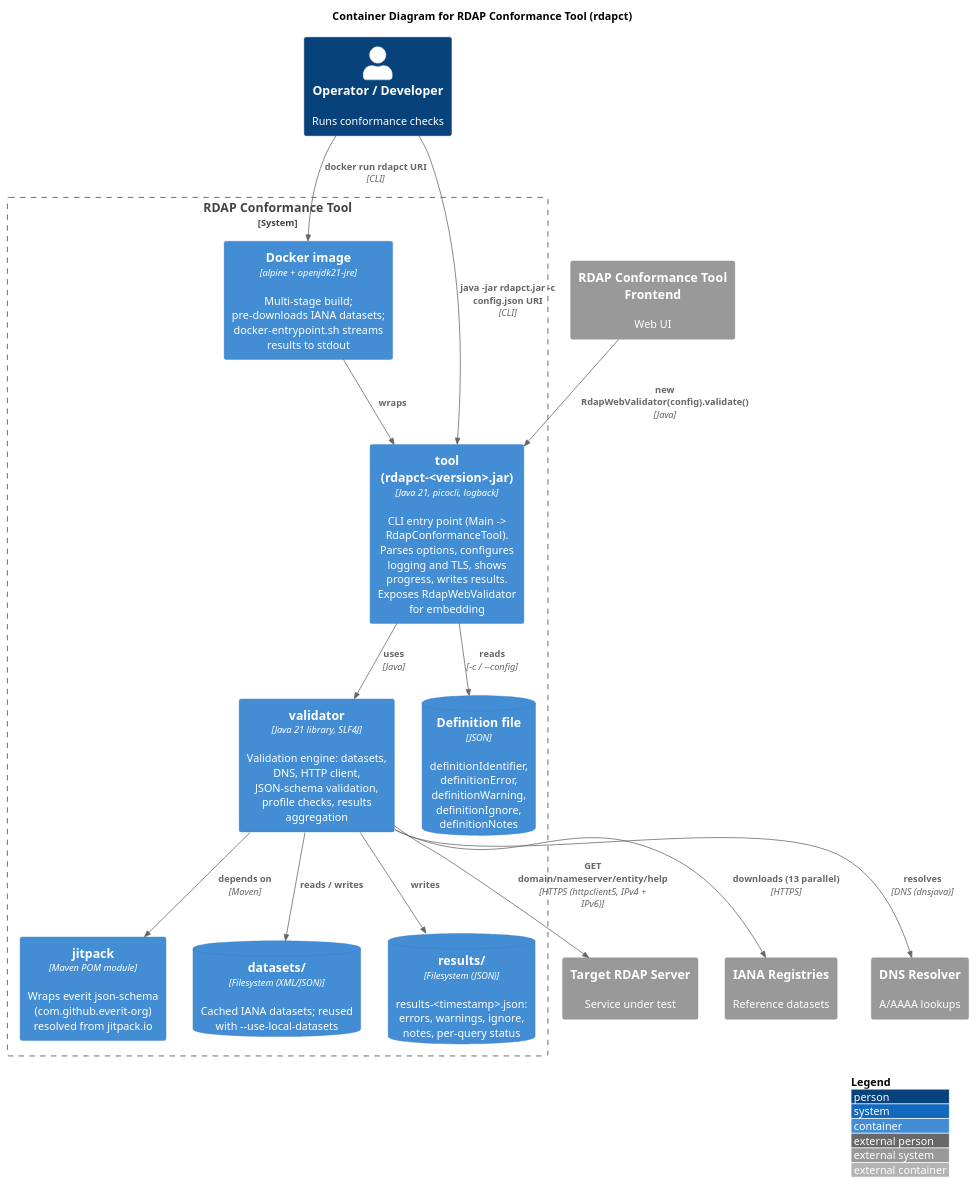
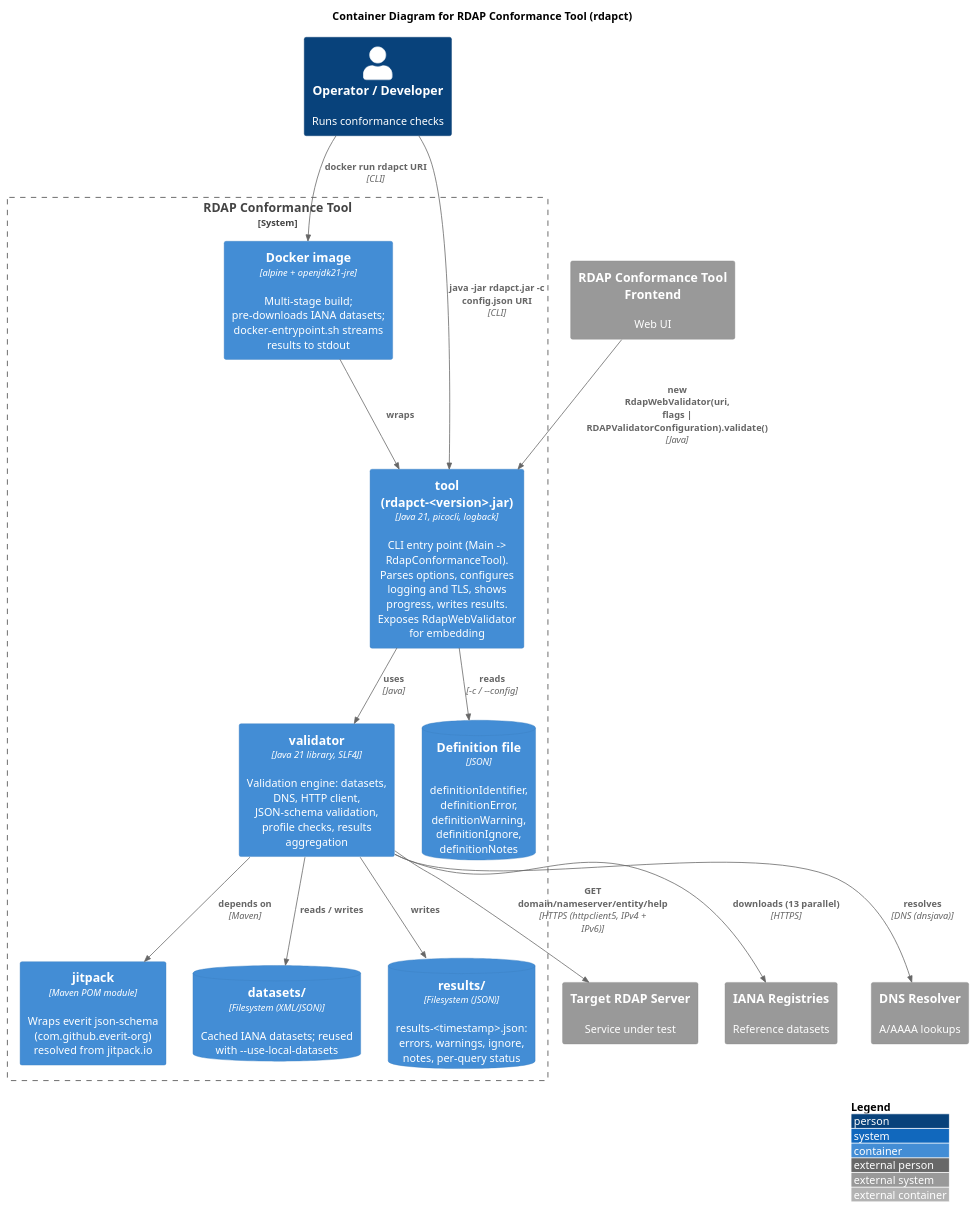
One commit to icann/rdap-conformance-tool changed the diagram in docs/diagrams/container.puml. Above: the diagram before and after it, drawn with PlantUML. The commit also changed 4 other files, not shown here.

Commit message:
feat: update architecture documentation and exit codes for clarity

```diff
--- a/docs/diagrams/container.puml
+++ b/docs/diagrams/container.puml
@@ -1,42 +1,42 @@
 @startuml
 !include https://raw.githubusercontent.com/plantuml-stdlib/C4-PlantUML/master/C4_Container.puml
 
 LAYOUT_WITH_LEGEND()
 
 title Container Diagram for RDAP Conformance Tool (rdapct)
 
 Person(operator, "Operator / Developer", "Runs conformance checks")
 System_Ext(frontend, "RDAP Conformance Tool Frontend", "Web UI")
 
 System_Boundary(c_rdapct, "RDAP Conformance Tool") {
     Container(tool, "tool (rdapct-<version>.jar)", "Java 21, picocli, logback", "CLI entry point (Main -> RdapConformanceTool). Parses options, configures logging and TLS, shows progress, writes results. Exposes RdapWebValidator for embedding", $link="./component.svg")
 
     Container(validator, "validator", "Java 21 library, SLF4J", "Validation engine: datasets, DNS, HTTP client, JSON-schema validation, profile checks, results aggregation")
 
     Container(jitpack, "jitpack", "Maven POM module", "Wraps everit json-schema (com.github.everit-org) resolved from jitpack.io")
 
     Container(docker, "Docker image", "alpine + openjdk21-jre", "Multi-stage build; pre-downloads IANA datasets; docker-entrypoint.sh streams results to stdout")
 
     ContainerDb(datasets, "datasets/", "Filesystem (XML/JSON)", "Cached IANA datasets; reused with --use-local-datasets")
     ContainerDb(results, "results/", "Filesystem (JSON)", "results-<timestamp>.json: errors, warnings, ignore, notes, per-query status")
     ContainerDb(config, "Definition file", "JSON", "definitionIdentifier, definitionError, definitionWarning, definitionIgnore, definitionNotes")
 }
 
 System_Ext(rdapserver, "Target RDAP Server", "Service under test")
 System_Ext(iana, "IANA Registries", "Reference datasets")
 System_Ext(dns, "DNS Resolver", "A/AAAA lookups")
 
 Rel(operator, tool, "java -jar rdapct.jar -c config.json URI", "CLI")
 Rel(operator, docker, "docker run rdapct URI", "CLI")
-Rel(frontend, tool, "new RdapWebValidator(config).validate()", "Java")
+Rel(frontend, tool, "new RdapWebValidator(uri, flags | RDAPValidatorConfiguration).validate()", "Java")
 Rel(docker, tool, "wraps")
 Rel(tool, validator, "uses", "Java")
 Rel(validator, jitpack, "depends on", "Maven")
 Rel(tool, config, "reads", "-c / --config")
 Rel(validator, datasets, "reads / writes")
 Rel(validator, results, "writes")
 Rel(validator, iana, "downloads (13 parallel)", "HTTPS")
 Rel(validator, dns, "resolves", "DNS (dnsjava)")
 Rel(validator, rdapserver, "GET domain/nameserver/entity/help", "HTTPS (httpclient5, IPv4 + IPv6)")
 
 @enduml
```
